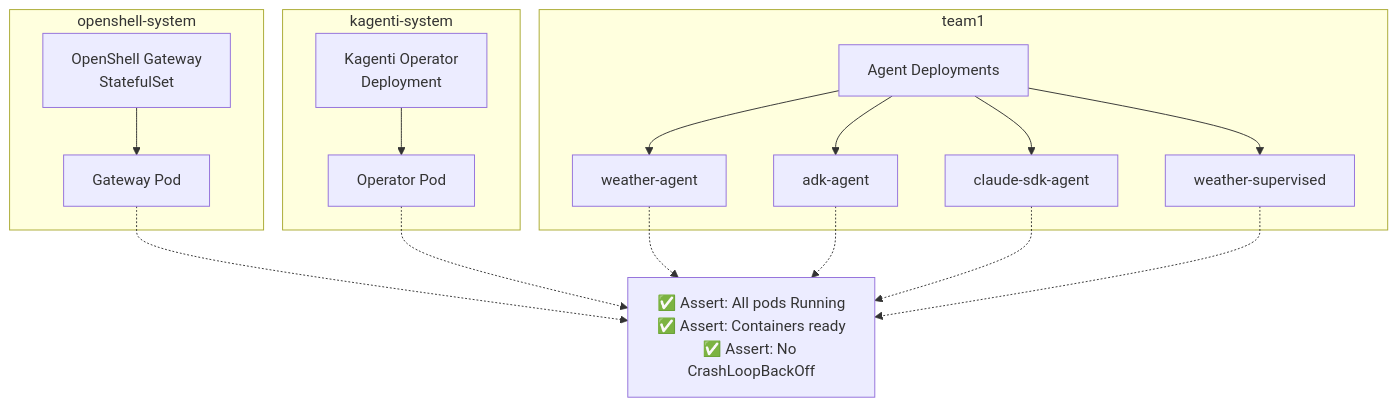
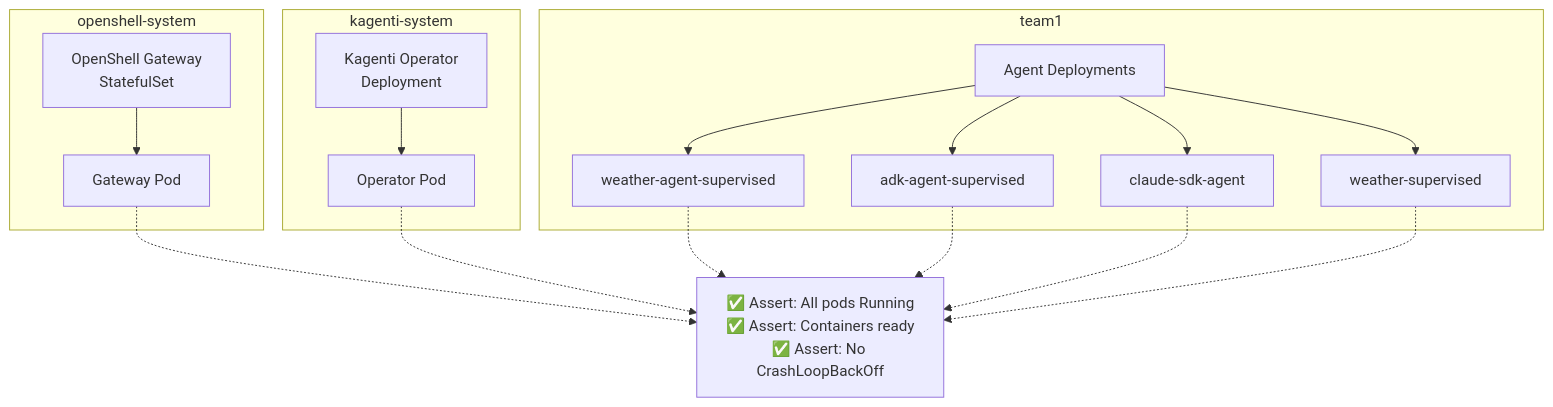
The diagram in docs/agentic-runtime/tests/01-platform-health.md (aslom/kagenti), drawn with Mermaid before and after one commit. The commit also changed 7 other files, not shown here.

````diff
--- a/docs/agentic-runtime/tests/01-platform-health.md
+++ b/docs/agentic-runtime/tests/01-platform-health.md
@@ -12,31 +12,31 @@
 ```mermaid
 graph TB
     subgraph openshell_ns["openshell-system"]
         GW["OpenShell Gateway<br/>StatefulSet"]
         GW_POD["Gateway Pod"]
         GW --> GW_POD
     end
 
     subgraph kagenti_ns["kagenti-system"]
         OP["Kagenti Operator<br/>Deployment"]
         OP_POD["Operator Pod"]
         OP --> OP_POD
     end
 
     subgraph team1["team1"]
         AGT["Agent Deployments"]
-        AGT --> W["weather-agent"]
-        AGT --> A["adk-agent"]
+        AGT --> W["weather-agent-supervised"]
+        AGT --> A["adk-agent-supervised"]
         AGT --> C["claude-sdk-agent"]
         AGT --> S["weather-supervised"]
     end
 
     TEST["✅ Assert: All pods Running<br/>✅ Assert: Containers ready<br/>✅ Assert: No CrashLoopBackOff"]
 
     GW_POD -.-> TEST
     OP_POD -.-> TEST
     W -.-> TEST
     A -.-> TEST
     C -.-> TEST
     S -.-> TEST
 ```
````
